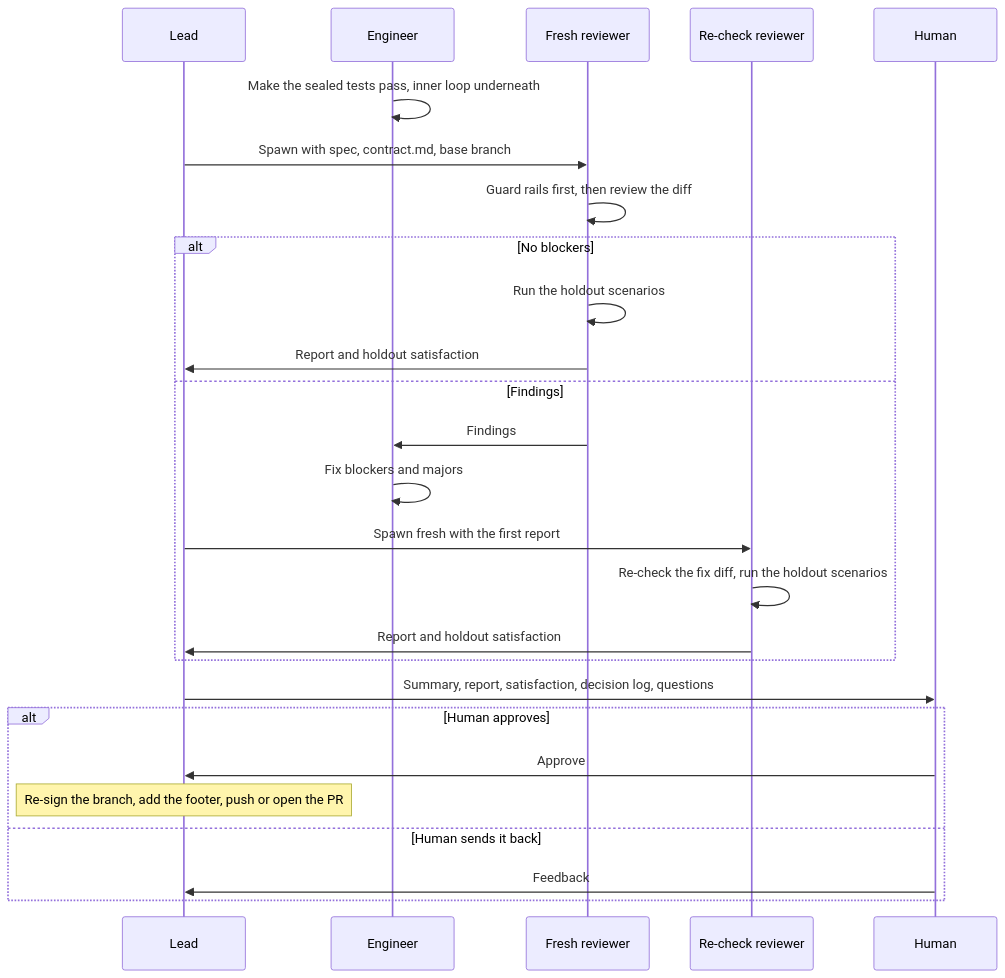
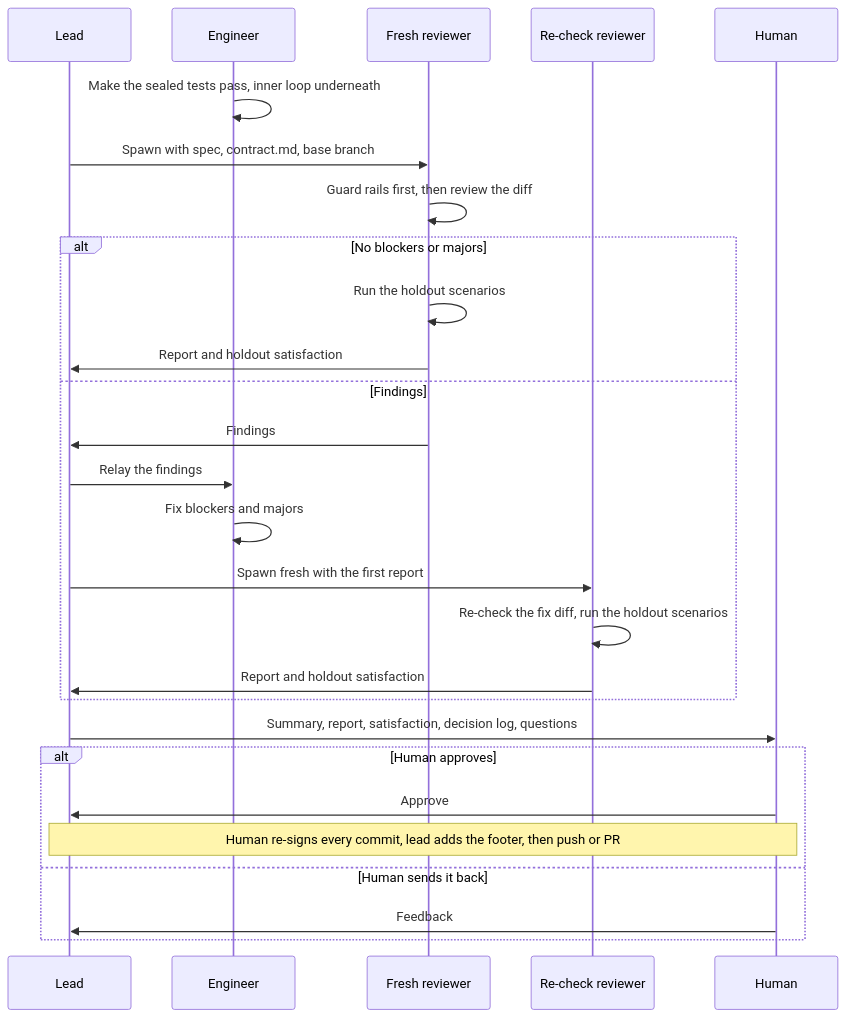
One commit to inf0rmer/agentic-workflow changed the second of 2 diagrams in docs/workflow.md. Above: the diagram before and after it, drawn with Mermaid. The commit also changed other lines of this file and 22 other files, not shown here.

````diff
--- a/docs/workflow.md
+++ b/docs/workflow.md
@@ -137,29 +140,30 @@
 ```mermaid
 sequenceDiagram
     participant L as Lead
     participant E as Engineer
     participant R as Fresh reviewer
     participant R2 as Re-check reviewer
     participant H as Human
 
     E->>E: Make the sealed tests pass, inner loop underneath
     L->>R: Spawn with spec, contract.md, base branch
     R->>R: Guard rails first, then review the diff
-    alt No blockers
+    alt No blockers or majors
         R->>R: Run the holdout scenarios
         R->>L: Report and holdout satisfaction
     else Findings
-        R->>E: Findings
+        R->>L: Findings
+        L->>E: Relay the findings
         E->>E: Fix blockers and majors
         L->>R2: Spawn fresh with the first report
         R2->>R2: Re-check the fix diff, run the holdout scenarios
         R2->>L: Report and holdout satisfaction
     end
     L->>H: Summary, report, satisfaction, decision log, questions
     alt Human approves
         H->>L: Approve
-        Note over L: Re-sign the branch, add the footer, push or open the PR
+        Note over H,L: Human re-signs every commit, lead adds the footer, then push or PR
     else Human sends it back
         H->>L: Feedback
     end
 ```
````
